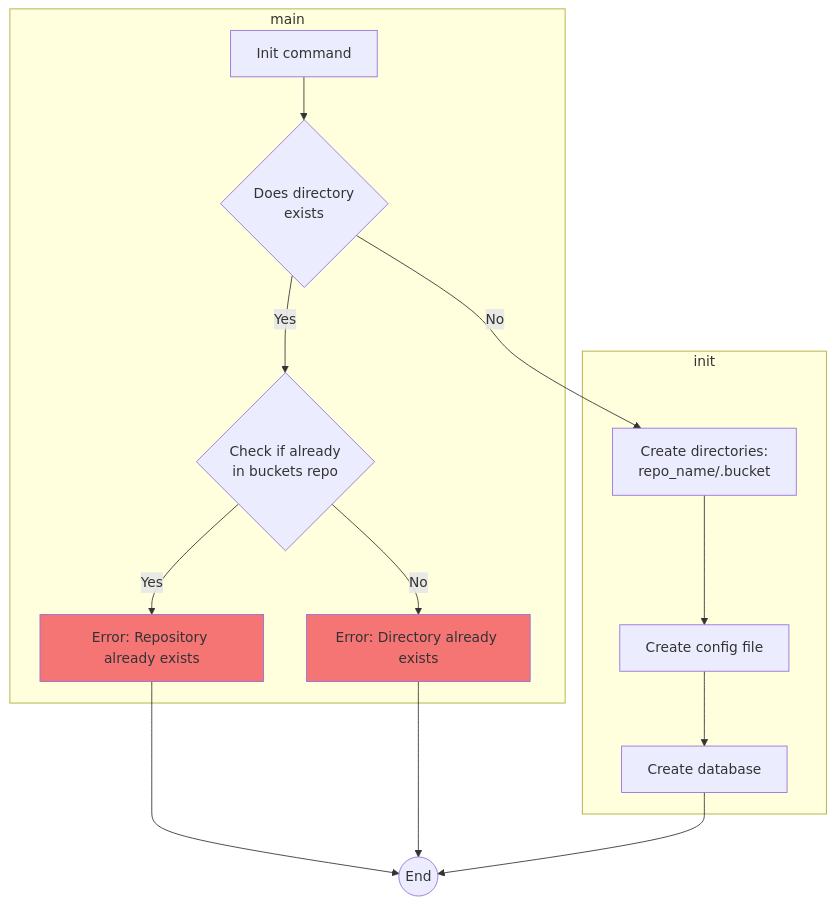
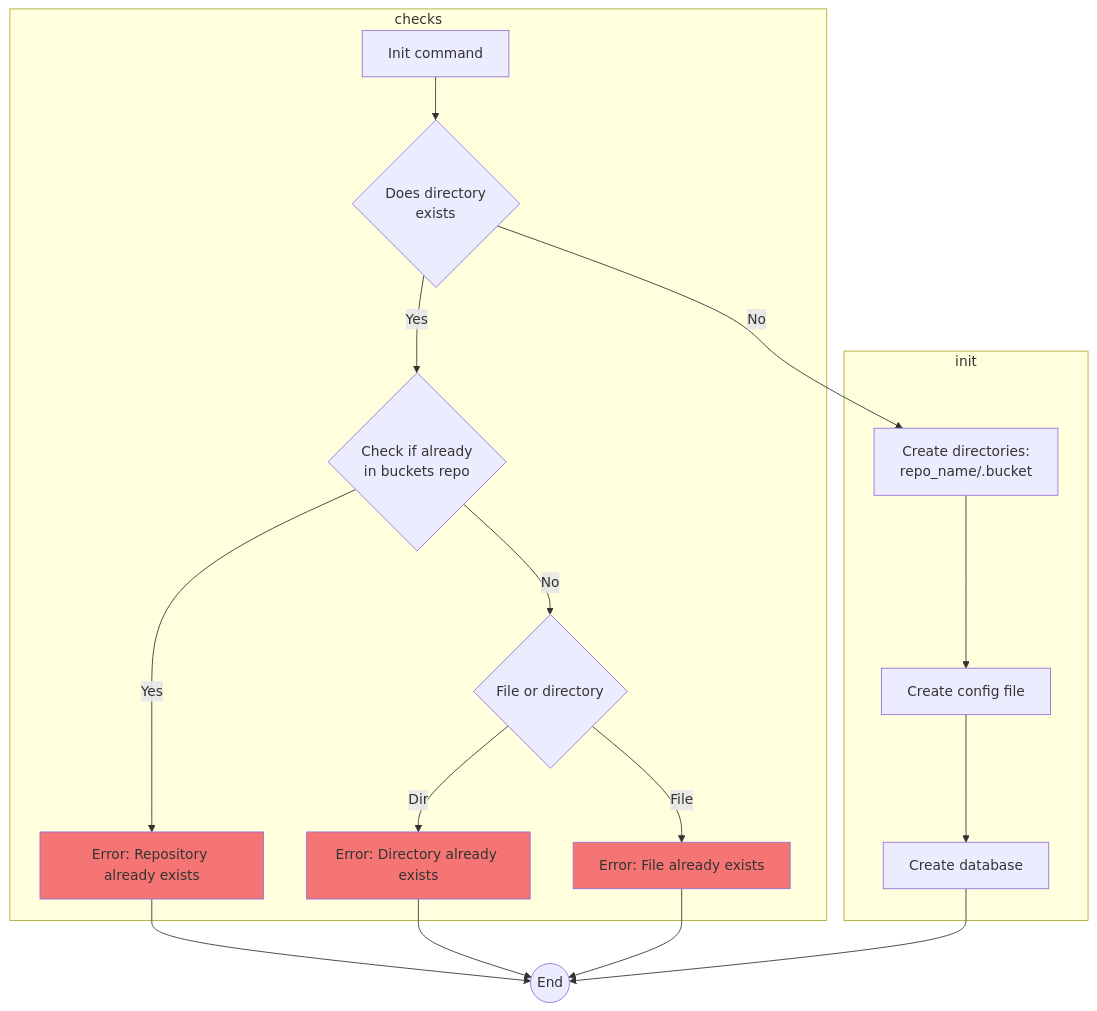
The diagram in docs/commands/init.mmd (3vilM33pl3/buckets), drawn with Mermaid before and after one commit. The commit also changed 7 other files, not shown here.

```diff
--- a/docs/commands/init.mmd
+++ b/docs/commands/init.mmd
@@ -1,20 +1,24 @@
 flowchart TD
-    subgraph main
+    subgraph checks
         A[Init command] --> B{Does directory \n exists}
         B --> |Yes| C{Check if already \n in buckets repo}
         C --> |Yes| E1[Error: Repository already exists]
-        C --> |No| E2[Error: Directory already exists]
+        C --> |No| Y{File or directory}
+        Y --> |Dir| E2[Error: Directory already exists]
+        Y --> |File| E3[Error: File already exists]
     end
 
     subgraph init
         B --> |No| D[Create directories: \n repo_name/.bucket]
         D --> K[Create config file]
         K --> F[Create database]
     end
 
     E1 --> G((End))
     E2 --> G((End))
+    E3 --> G((End))
     F --> G((End))
 
     style E1 fill:#f57474
     style E2 fill:#f57474
+    style E3 fill:#f57474
```
